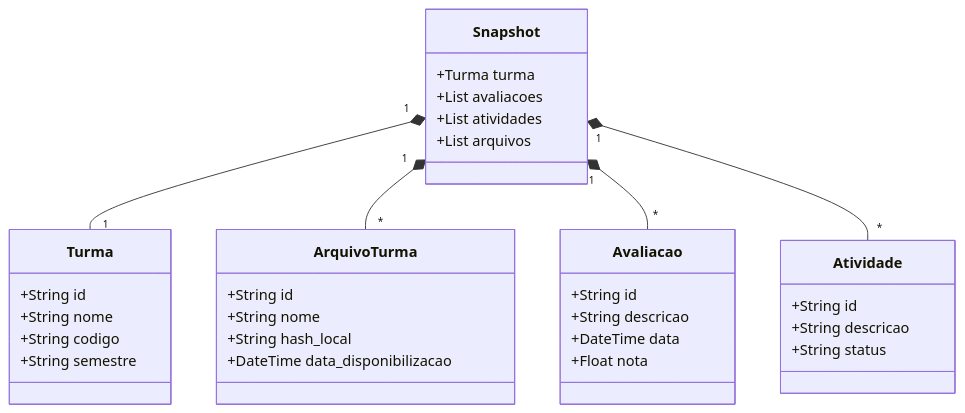
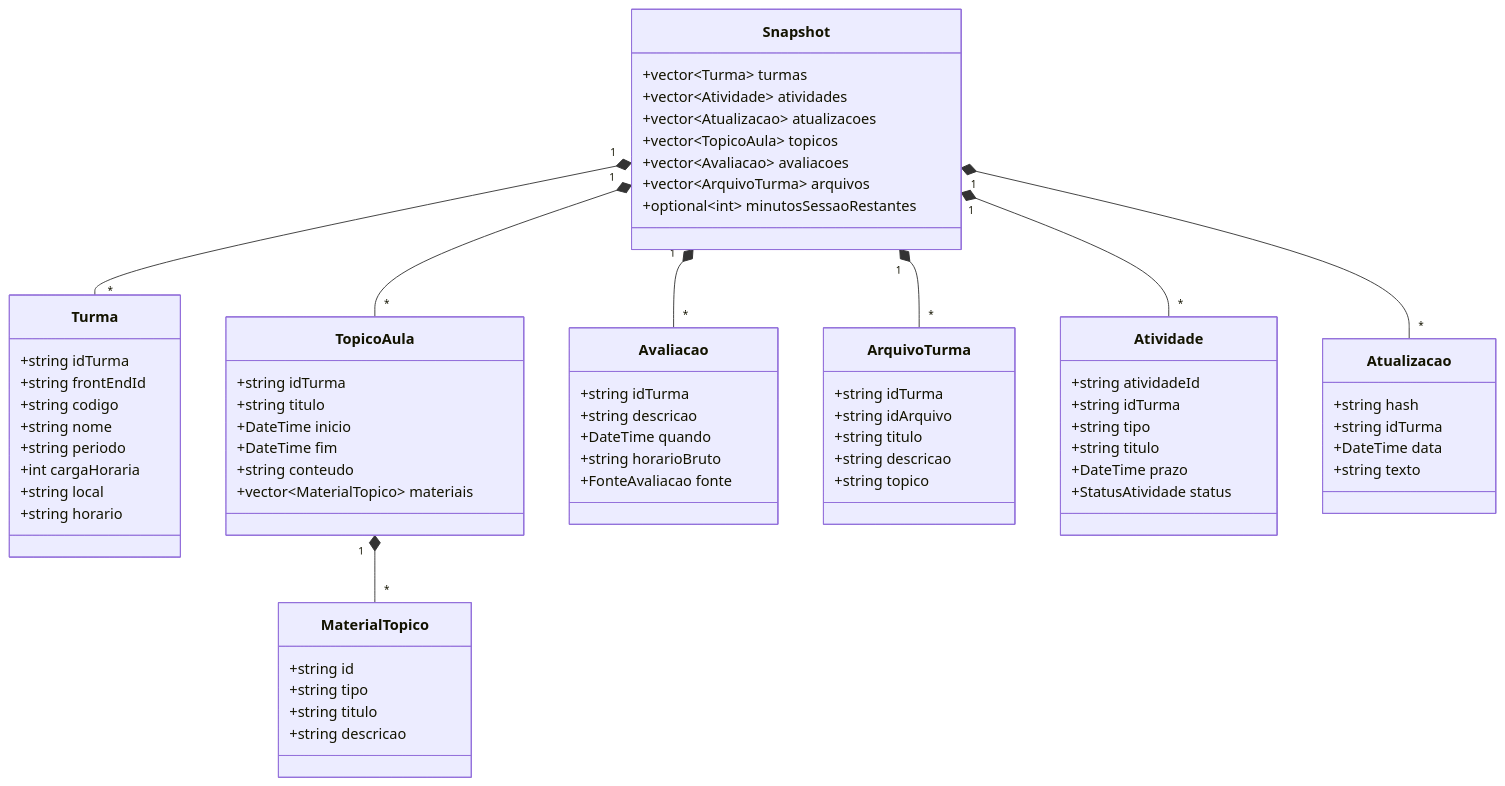
Before and after one commit to matheus-fsc/Sigaa-Desktop-Viewer: the fourth of 4 diagrams in wiki/Arquitetura.md, drawn with Mermaid. The commit also changed other lines of this file and 8 other files, not shown here.

````diff
--- a/wiki/Arquitetura.md
+++ b/wiki/Arquitetura.md
@@ -96,37 +127,72 @@
 ```mermaid
 classDiagram
+    class Snapshot {
+        +vector~Turma~ turmas
+        +vector~Atividade~ atividades
+        +vector~Atualizacao~ atualizacoes
+        +vector~TopicoAula~ topicos
+        +vector~Avaliacao~ avaliacoes
+        +vector~ArquivoTurma~ arquivos
+        +optional~int~ minutosSessaoRestantes
+    }
     class Turma {
-        +String id
-        +String nome
-        +String codigo
-        +String semestre
+        +string idTurma
+        +string frontEndId
+        +string codigo
+        +string nome
+        +string periodo
+        +int cargaHoraria
+        +string local
+        +string horario
     }
-    class Snapshot {
-        +Turma turma
-        +List avaliacoes
-        +List atividades
-        +List arquivos
+    class TopicoAula {
+        +string idTurma
+        +string titulo
+        +DateTime inicio
+        +DateTime fim
+        +string conteudo
+        +vector~MaterialTopico~ materiais
+    }
+    class MaterialTopico {
+        +string id
+        +string tipo
+        +string titulo
+        +string descricao
+    }
+    class Avaliacao {
+        +string idTurma
+        +string descricao
+        +DateTime quando
+        +string horarioBruto
+        +FonteAvaliacao fonte
     }
     class ArquivoTurma {
-        +String id
-        +String nome
-        +String hash_local
-        +DateTime data_disponibilizacao
-    }
-    class Avaliacao {
-        +String id
-        +String descricao
-        +DateTime data
-        +Float nota
+        +string idTurma
+        +string idArquivo
+        +string titulo
+        +string descricao
+        +string topico
     }
     class Atividade {
-        +String id
-        +String descricao
-        +String status
+        +string atividadeId
+        +string idTurma
+        +string tipo
+        +string titulo
+        +DateTime prazo
+        +StatusAtividade status
+    }
+    class Atualizacao {
+        +string hash
+        +string idTurma
+        +DateTime data
+        +string texto
     }
 
-    Snapshot "1" *-- "1" Turma
+    Snapshot "1" *-- "*" Turma
+    Snapshot "1" *-- "*" TopicoAula
+    Snapshot "1" *-- "*" Avaliacao
     Snapshot "1" *-- "*" ArquivoTurma
-    Snapshot "1" *-- "*" Avaliacao
     Snapshot "1" *-- "*" Atividade
+    Snapshot "1" *-- "*" Atualizacao
+    TopicoAula "1" *-- "*" MaterialTopico
 ```
````
